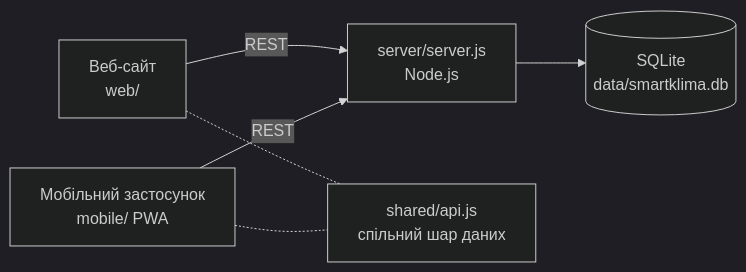
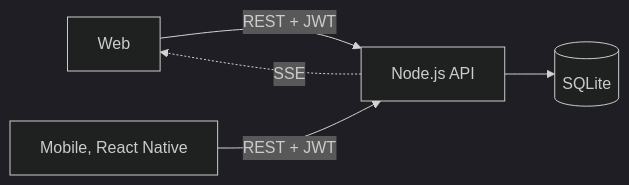
One commit to OMykhantso/smart-klima changed the diagram in README.md. Above: the diagram before and after it, drawn with Mermaid (dark theme). The commit also changed other lines of this file and 88 other files, not shown here.

First line of the commit message:
Smart Klima 2.0: нативний мобільний застосунок, акаунти і ролі, планувальник, звіт

````diff
--- a/README.md
+++ b/README.md
@@ -12,7 +11,7 @@
 ```mermaid
 flowchart LR
-  W[Веб-сайт<br>web/] -- REST --> API
-  M[Мобільний застосунок<br>mobile/ PWA] -- REST --> API
-  API[server/server.js<br>Node.js] --> DB[(SQLite<br>data/smartklima.db)]
-  W & M -.- S[shared/api.js<br>спільний шар даних]
+  W[Web] -- REST + JWT --> API[Node.js API]
+  M[Mobile, React Native] -- REST + JWT --> API
+  API --> DB[(SQLite)]
+  API -. SSE .-> W
 ```
````
